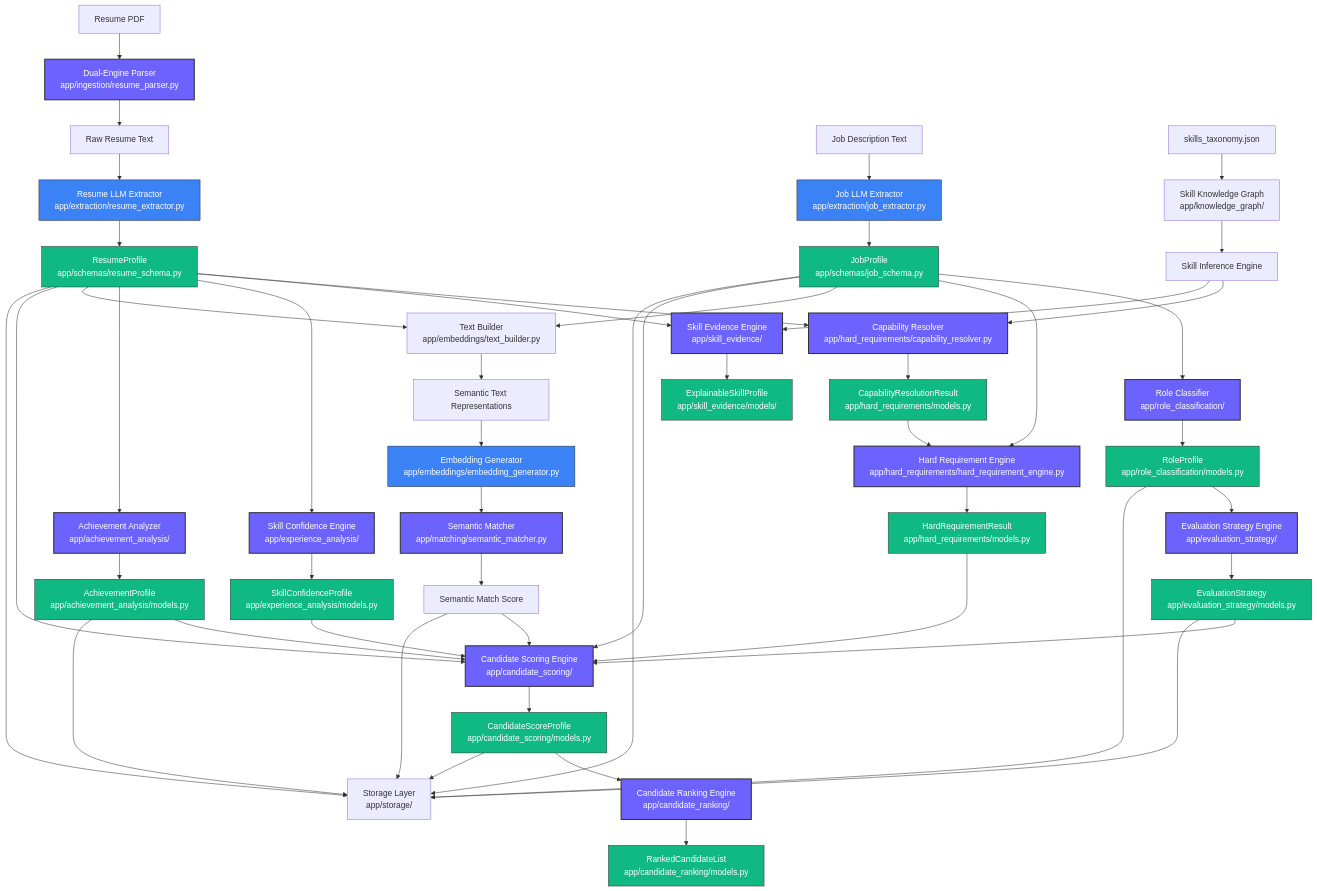
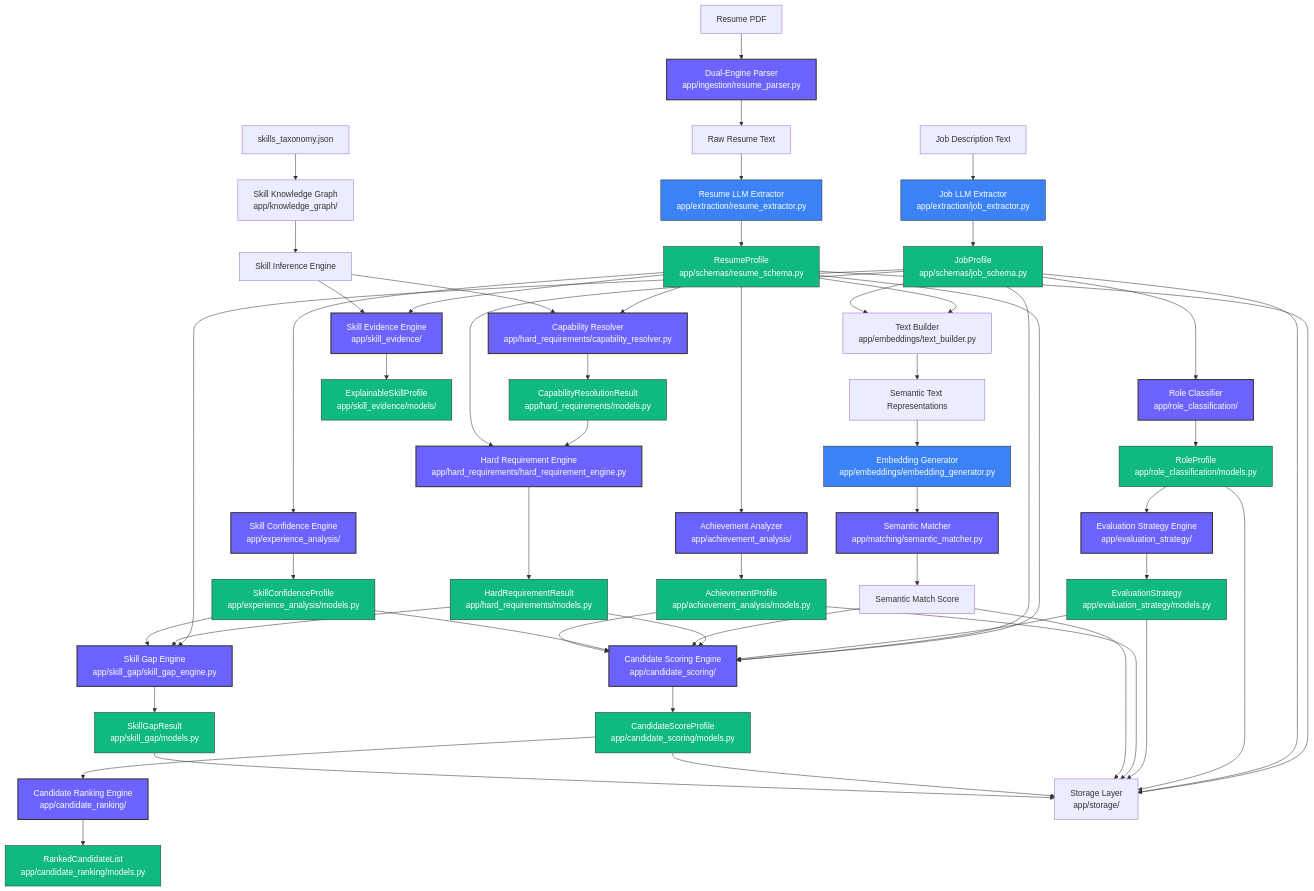
The diagram in README.md (nishantprasadNP/AI-RECRUITMENT-MODEL), drawn with Mermaid before and after one commit. The commit also changed other lines of this file and 33 other files, not shown here.

````diff
--- a/README.md
+++ b/README.md
@@ -185,6 +194,12 @@
     AchievementProfile --> ScoringEngine
     ScoringEngine --> CandidateScore[CandidateScoreProfile\napp/candidate_scoring/models.py]
 
+    %% Skill Gap Engine (Phase 12)
+    JobProfile --> SkillGapEngine[Skill Gap Engine\napp/skill_gap/skill_gap_engine.py]
+    HardReqResult --> SkillGapEngine
+    ConfidenceProfile --> SkillGapEngine
+    SkillGapEngine --> SkillGapResult[SkillGapResult\napp/skill_gap/models.py]
+
     %% Candidate Ranking Engine (Phase 11)
     CandidateScore --> RankingEngine[Candidate Ranking Engine\napp/candidate_ranking/]
     RankingEngine --> RankedList[RankedCandidateList\napp/candidate_ranking/models.py]
@@ -197,13 +212,14 @@
     AchievementProfile --> Storage
     SemanticScore --> Storage
     CandidateScore --> Storage
+    SkillGapResult --> Storage
     
     %% Formatting
     classDef main fill:#6c63ff,color:#fff,stroke:#333,stroke-width:2px;
     classDef module fill:#3b82f6,color:#fff,stroke:#333,stroke-width:1px;
     classDef data fill:#10b981,color:#fff,stroke:#333,stroke-width:1px;
     
-    class Ingestion,RoleClassifier,EvalStrategyEngine,EvidenceEngine,ConfidenceEngine,CapResolver,HardReqEngine,AchievementAnalyzer,Matcher,ScoringEngine,RankingEngine main;
+    class Ingestion,RoleClassifier,EvalStrategyEngine,EvidenceEngine,ConfidenceEngine,CapResolver,HardReqEngine,AchievementAnalyzer,Matcher,ScoringEngine,RankingEngine,SkillGapEngine main;
     class ResumeExtractor,JobExtractor,Embedder module;
-    class ResumeProfile,JobProfile,RoleProfile,EvaluationStrategy,ExplainableProfile,ConfidenceProfile,AchievementProfile,CapResult,HardReqResult,CandidateScore,RankedList data;
+    class ResumeProfile,JobProfile,RoleProfile,EvaluationStrategy,ExplainableProfile,ConfidenceProfile,AchievementProfile,CapResult,HardReqResult,CandidateScore,RankedList,SkillGapResult data;
 ```
````
